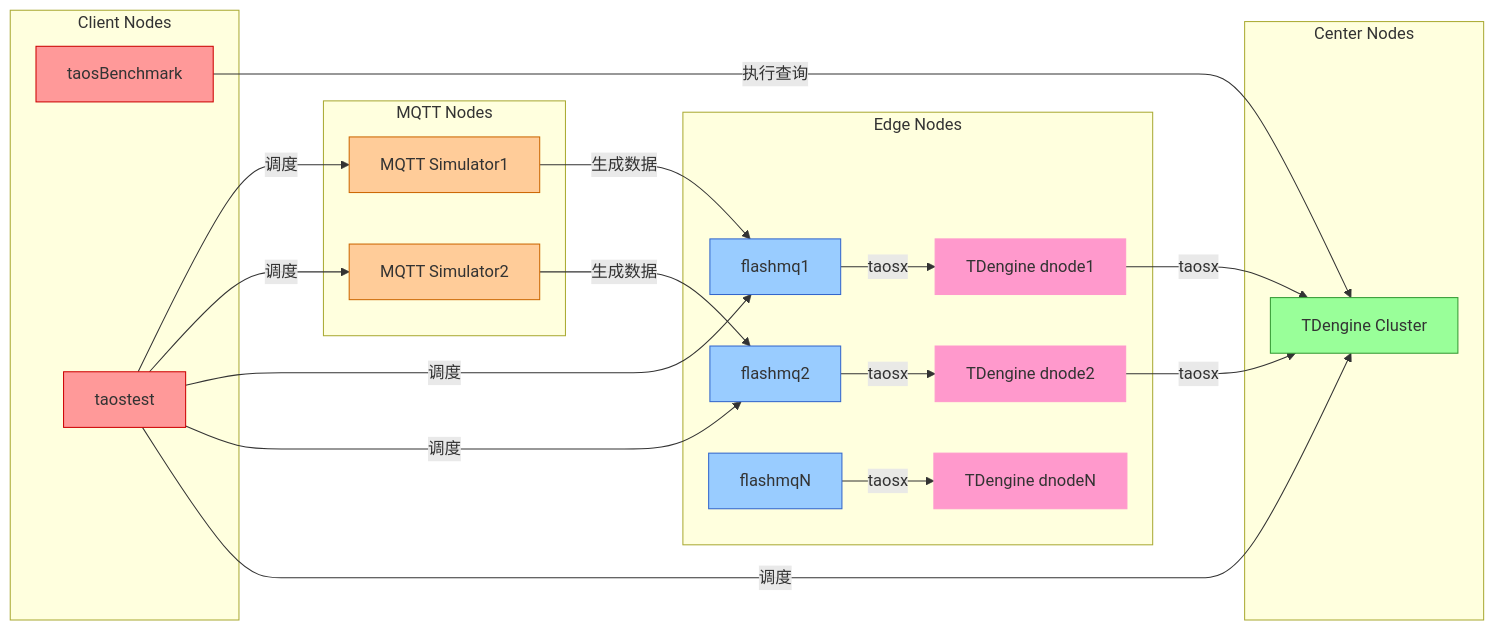
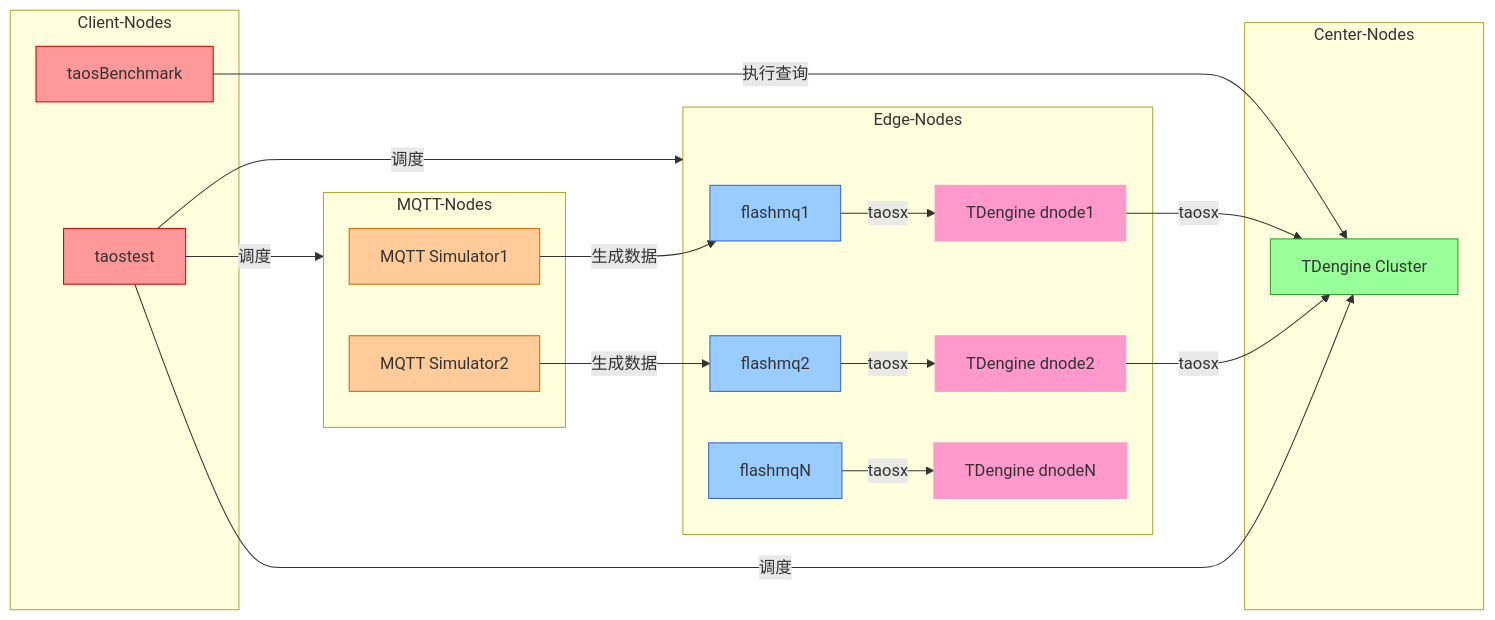
The second of 2 diagrams in README.md (taosdata/ems), drawn with Mermaid before and after one commit. The commit also changed other lines of this file, not shown here.

````diff
--- a/README.md
+++ b/README.md
@@ -63,55 +67,53 @@
 ```mermaid
 graph LR
-  subgraph MQTT Nodes
+  subgraph MQTT-Nodes
     A1[MQTT Simulator1]
     A2[MQTT Simulator2]
   end
 
-  subgraph Edge Nodes
+  subgraph Edge-Nodes
     B1[flashmq1]
     C1[TDengine dnode1]
     B2[flashmq2]
     C2[TDengine dnode2]
     BN[flashmqN]
     CN[TDengine dnodeN]
   end
 
-  subgraph Center Nodes
+  subgraph Center-Nodes
     E[TDengine Cluster]
   end
 
-  subgraph Client Nodes
+  subgraph Client-Nodes
     J[taosBenchmark]
     H[taostest]
   end
 
   A1 -->|生成数据| B1
   A2 -->|生成数据| B2
 
   B1 -->|taosx| C1
   B2 -->|taosx| C2
   BN -->|taosx| CN
 
   C1 -->|taosx| E
   C2 -->|taosx| E
 
   J -->|执行查询| E
 
-  H -->|调度| A1
-  H -->|调度| A2
-  H -->|调度| B1
-  H -->|调度| B2
+  H -->|调度| MQTT-Nodes
+  H -->|调度| Edge-Nodes
   H -->|调度| E
 
   style A1 fill:#ffcc99,stroke:#cc6600
   style A2 fill:#ffcc99,stroke:#cc6600
   style B1 fill:#99ccff,stroke:#3366cc
   style B2 fill:#99ccff,stroke:#3366cc
   style BN fill:#99ccff,stroke:#3366cc
   style C1 fill:#ff99cc,stroke:#ff99cc
   style C2 fill:#ff99cc,stroke:#ff99cc
   style CN fill:#ff99cc,stroke:#ff99cc
   style E fill:#99ff99,stroke:#339933
   style J fill:#ff9999,stroke:#cc0000
   style H fill:#ff9999,stroke:#cc0000
 ```
````
